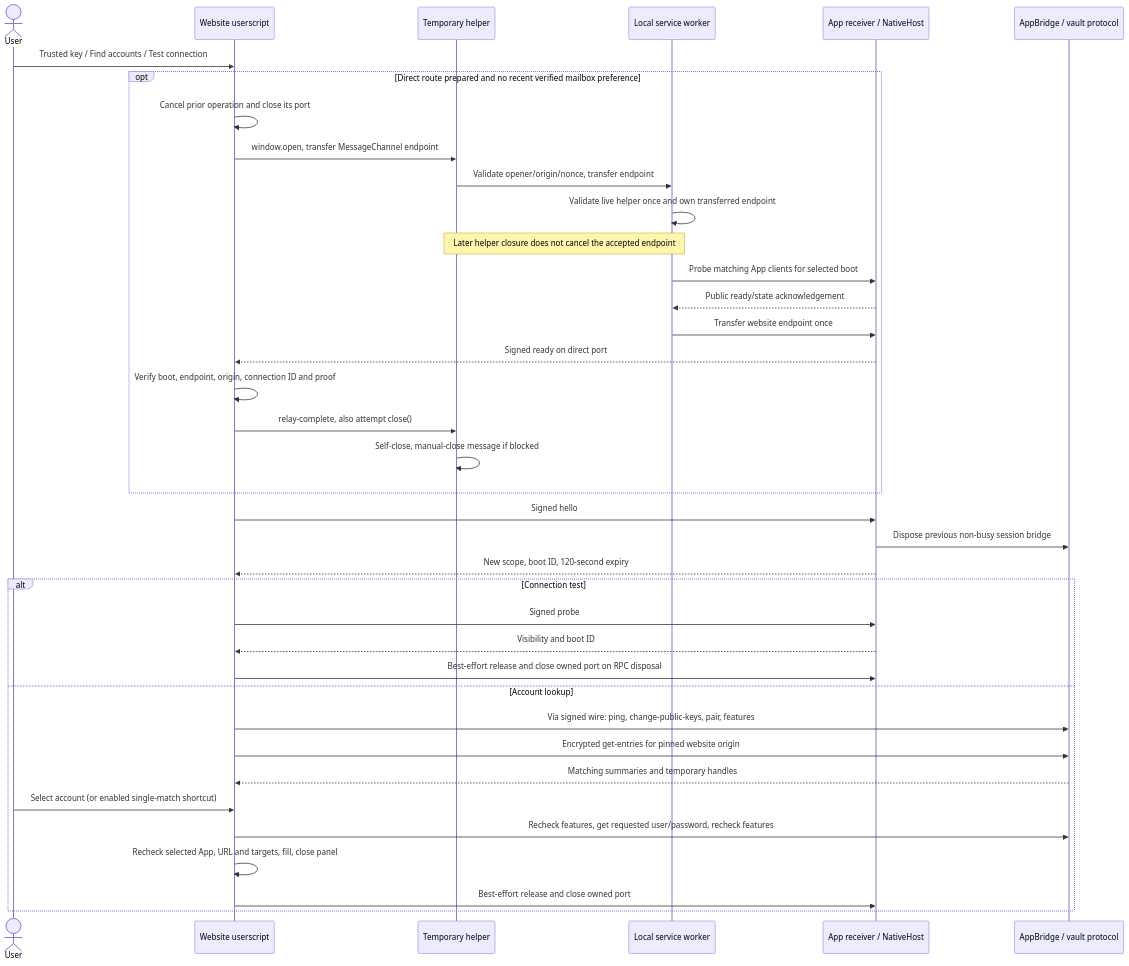
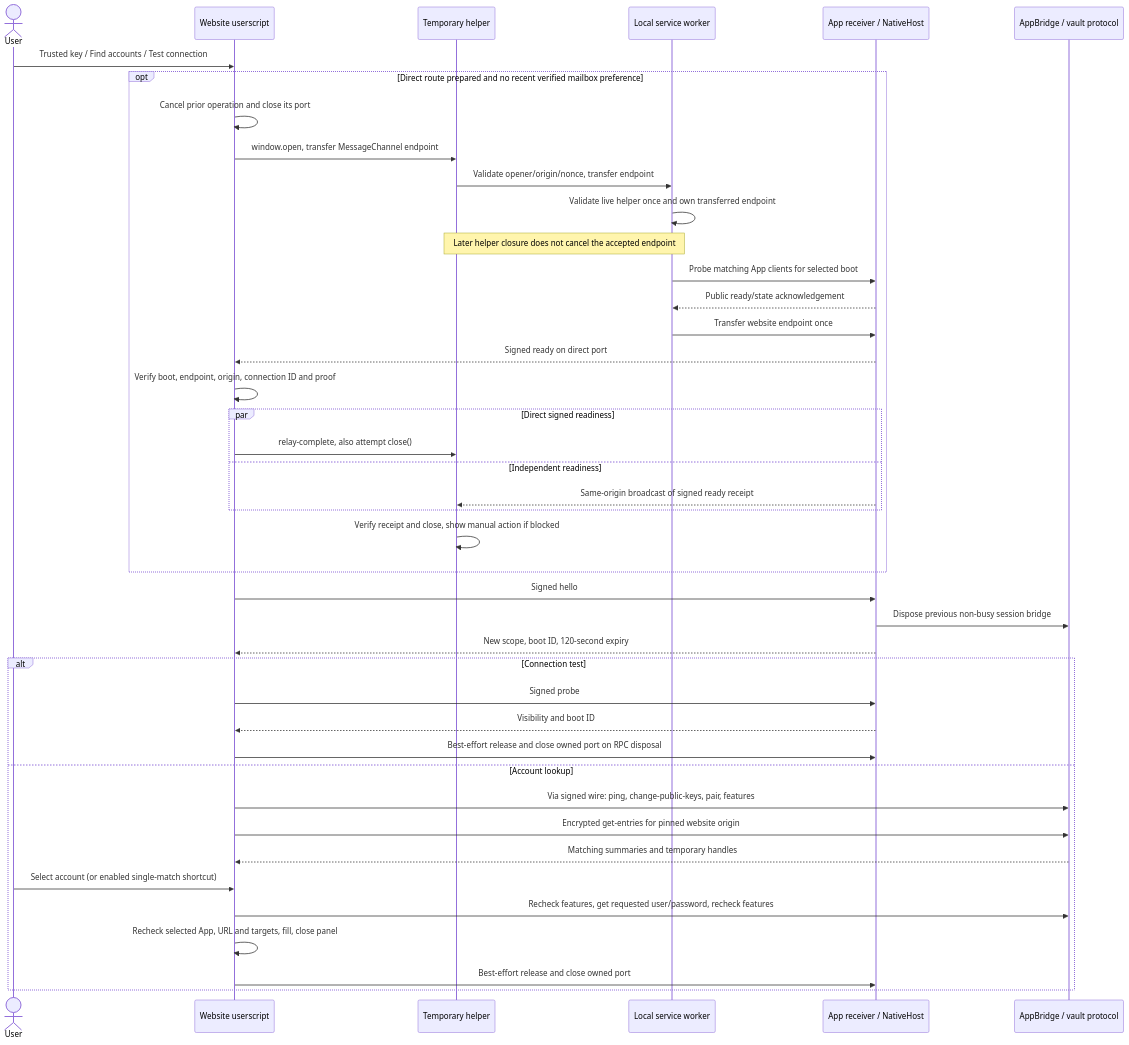
One commit to gynet/keewebx changed the second of 3 diagrams in modules/extension/userscript/docs/connection-architecture.md. Above: the diagram before and after it, drawn with Mermaid. The commit also changed other lines of this file and 14 other files, not shown here.

Commit message:
fix(connect): close the helper from signed App readiness

````diff
--- a/modules/extension/userscript/docs/connection-architecture.md
+++ b/modules/extension/userscript/docs/connection-architecture.md
@@ -89,40 +86,44 @@
 ```mermaid
 sequenceDiagram
     actor User
     participant Site as Website userscript
     participant Helper as Temporary helper
     participant SW as Local service worker
     participant Host as App receiver / NativeHost
     participant Vault as AppBridge / vault protocol
     User->>Site: Trusted key / Find accounts / Test connection
     opt Direct route prepared and no recent verified mailbox preference
         Site->>Site: Cancel prior operation and close its port
         Site->>Helper: window.open, transfer MessageChannel endpoint
         Helper->>SW: Validate opener/origin/nonce, transfer endpoint
         SW->>SW: Validate live helper once and own transferred endpoint
         Note over Helper,SW: Later helper closure does not cancel the accepted endpoint
         SW->>Host: Probe matching App clients for selected boot
         Host-->>SW: Public ready/state acknowledgement
         SW->>Host: Transfer website endpoint once
         Host-->>Site: Signed ready on direct port
         Site->>Site: Verify boot, endpoint, origin, connection ID and proof
-        Site->>Helper: relay-complete, also attempt close()
-        Helper->>Helper: Self-close, manual-close message if blocked
+        par Direct signed readiness
+            Site->>Helper: relay-complete, also attempt close()
+        and Independent readiness
+            Host-->>Helper: Same-origin broadcast of signed ready receipt
+        end
+        Helper->>Helper: Verify receipt and close, show manual action if blocked
     end
     Site->>Host: Signed hello
     Host->>Vault: Dispose previous non-busy session bridge
     Host-->>Site: New scope, boot ID, 120-second expiry
     alt Connection test
         Site->>Host: Signed probe
         Host-->>Site: Visibility and boot ID
         Site->>Host: Best-effort release and close owned port on RPC disposal
     else Account lookup
         Site->>Vault: Via signed wire: ping, change-public-keys, pair, features
         Site->>Vault: Encrypted get-entries for pinned website origin
         Vault-->>Site: Matching summaries and temporary handles
         User->>Site: Select account (or enabled single-match shortcut)
         Site->>Vault: Recheck features, get requested user/password, recheck features
         Site->>Site: Recheck selected App, URL and targets, fill, close panel
         Site->>Host: Best-effort release and close owned port
     end
 ```
````
